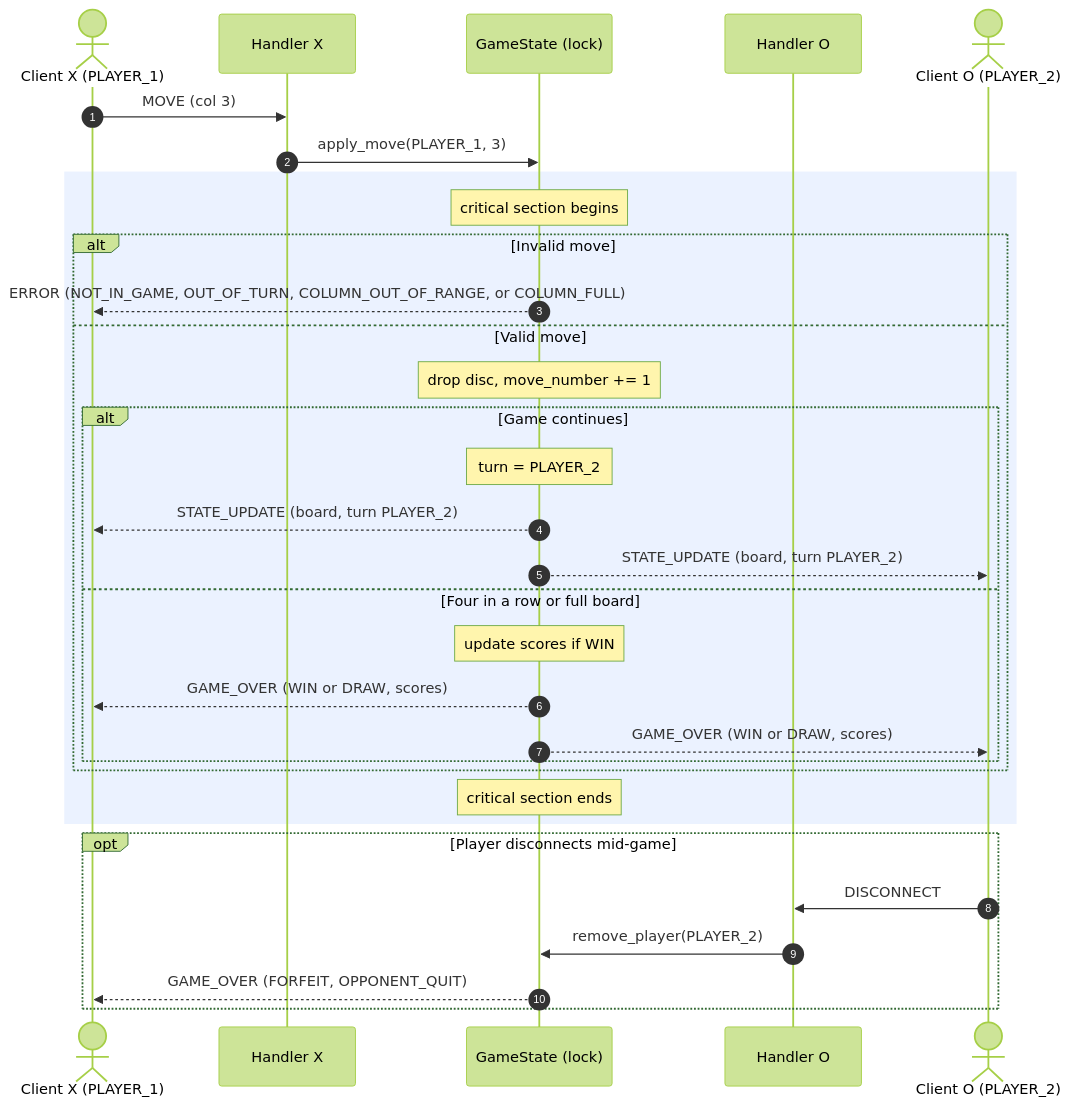
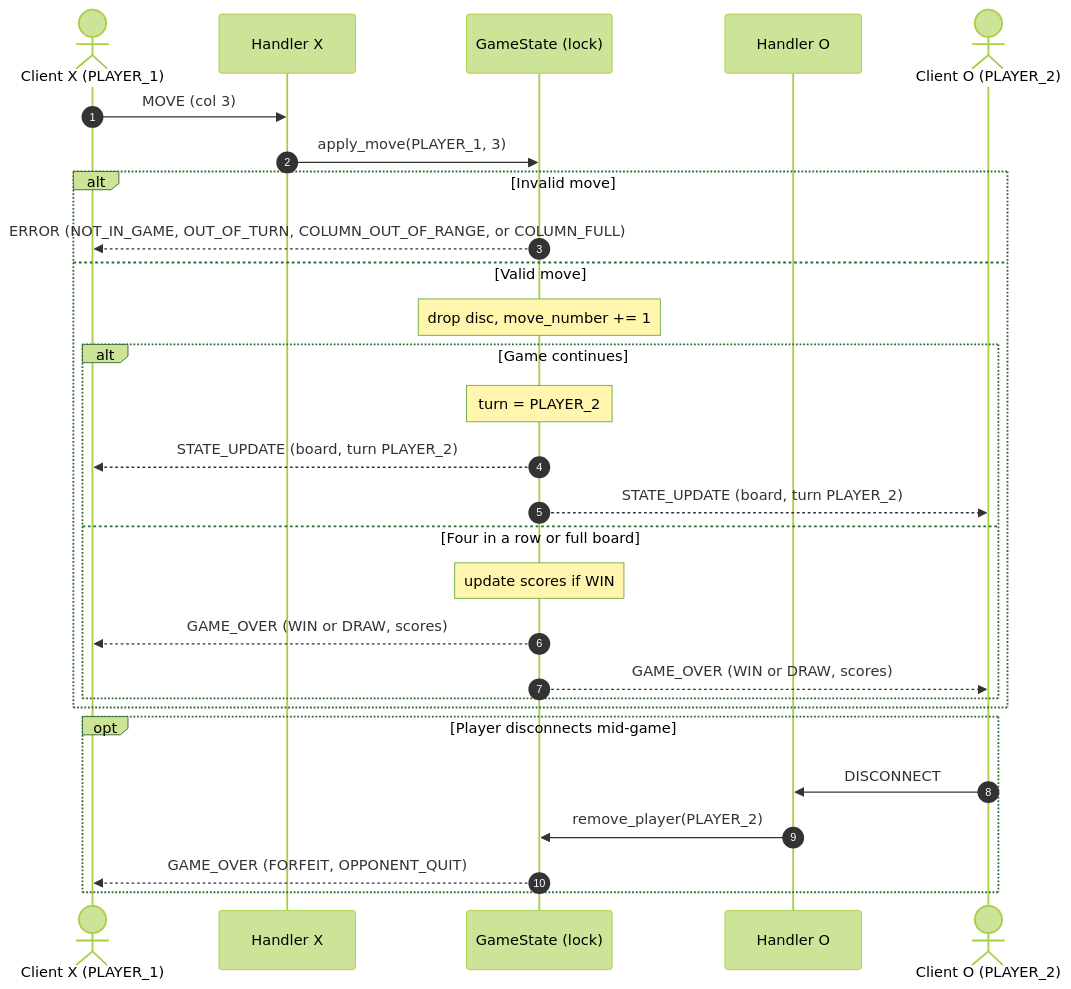
Before and after one commit to parkerkuyken/ConnectFour: the second of 2 diagrams in (concurrency_design.md, drawn with Mermaid (forest theme).

Commit message:
Update concurrency design by removing critical section notes
Removed critical section notes from concurrency design.

````diff
--- a/(concurrency_design.md
+++ b/(concurrency_design.md
@@ -105,37 +105,34 @@
 ```mermaid
 sequenceDiagram
     autonumber
     actor CX as Client X (PLAYER_1)
     participant HX as Handler X
     participant GS as GameState (lock)
     participant HO as Handler O
     actor CO as Client O (PLAYER_2)
 
     CX->>HX: MOVE (col 3)
     HX->>GS: apply_move(PLAYER_1, 3)
 
-    rect rgb(235, 242, 255)
-        Note over GS: critical section begins
         alt Invalid move
             GS-->>CX: ERROR (NOT_IN_GAME, OUT_OF_TURN, COLUMN_OUT_OF_RANGE, or COLUMN_FULL)
         else Valid move
             Note over GS: drop disc, move_number += 1
             alt Game continues
                 Note over GS: turn = PLAYER_2
                 GS-->>CX: STATE_UPDATE (board, turn PLAYER_2)
                 GS-->>CO: STATE_UPDATE (board, turn PLAYER_2)
             else Four in a row or full board
                 Note over GS: update scores if WIN
                 GS-->>CX: GAME_OVER (WIN or DRAW, scores)
                 GS-->>CO: GAME_OVER (WIN or DRAW, scores)
             end
         end
-        Note over GS: critical section ends
-    end
+       
 
     opt Player disconnects mid-game
         CO->>HO: DISCONNECT
         HO->>GS: remove_player(PLAYER_2)
         GS-->>CX: GAME_OVER (FORFEIT, OPPONENT_QUIT)
     end
 ```
````
